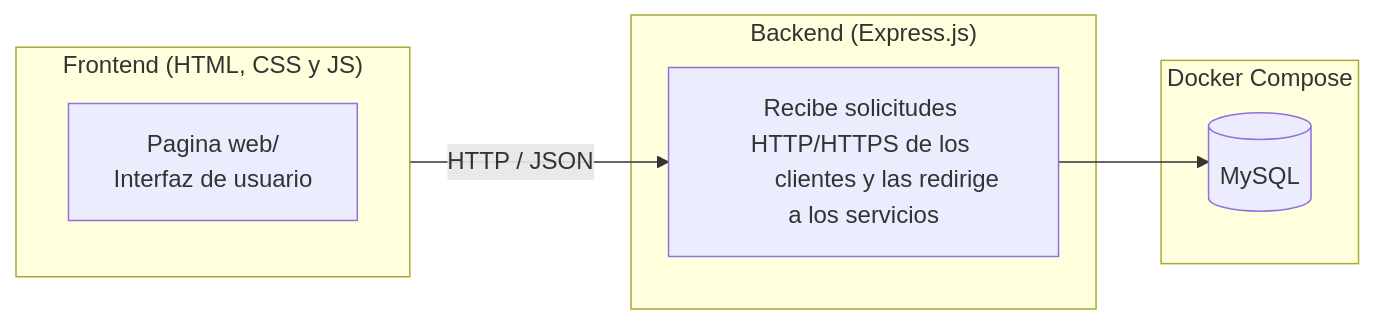
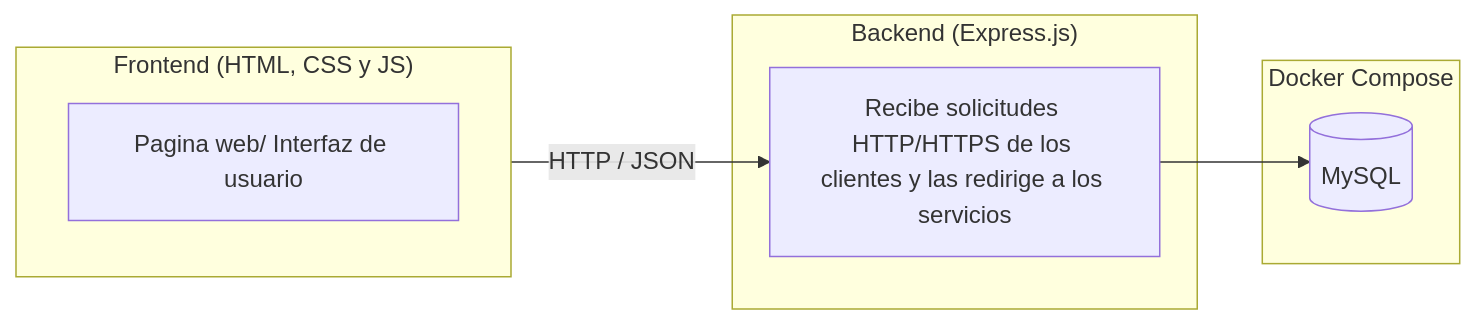
The diagram in README.md (W4samGG7/Proyecto_SED_02-26), drawn with Mermaid before and after one commit.

Commit message:
docs: corregir presentacion del diagrama

````diff
--- a/README.md
+++ b/README.md
@@ -19,19 +19,17 @@
 ```mermaid
 flowchart LR
     subgraph Cliente["Frontend (HTML, CSS y JS)"]
-        L["Pagina web/ 
-        Interfaz de usuario"]
+        L["Pagina web/ Interfaz de usuario"]
     end
 
     subgraph Servidor["Backend (Express.js)"]
-        S["Recibe solicitudes HTTP/HTTPS de los 
-        clientes y las redirige a los servicios"]
+        S["Recibe solicitudes HTTP/HTTPS de los clientes y las redirige a los servicios"]
     end
 
     subgraph Docker["Docker Compose"]
         DB[("MySQL")]
     end
 
     Cliente -->|"HTTP / JSON"| S
     S  --> DB
 ```
````
